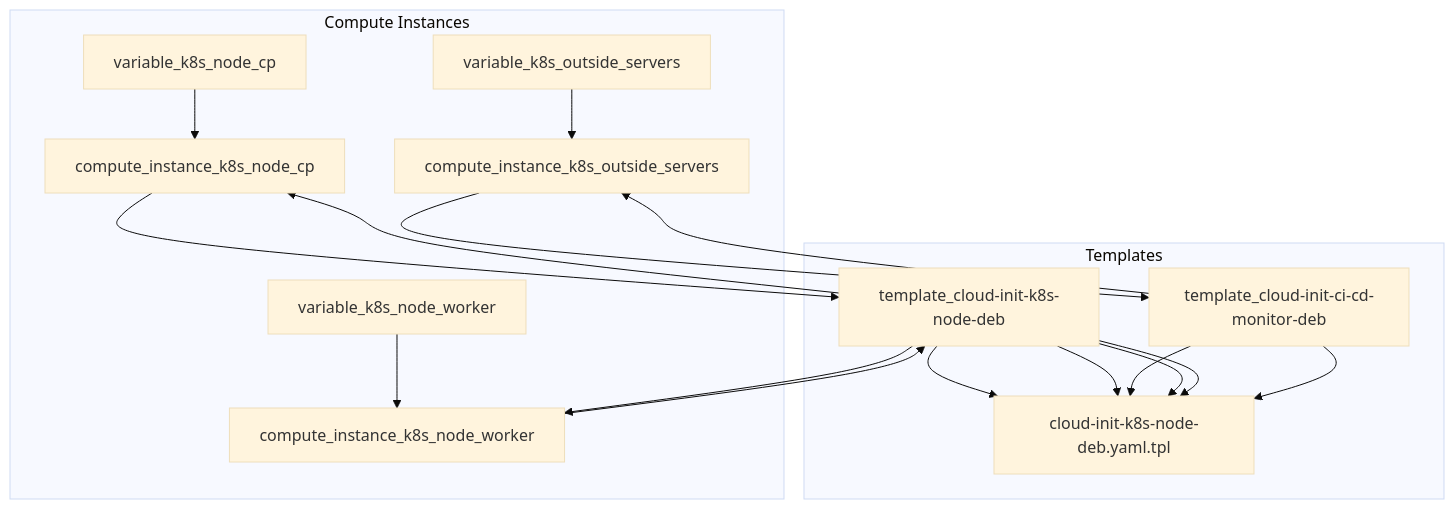
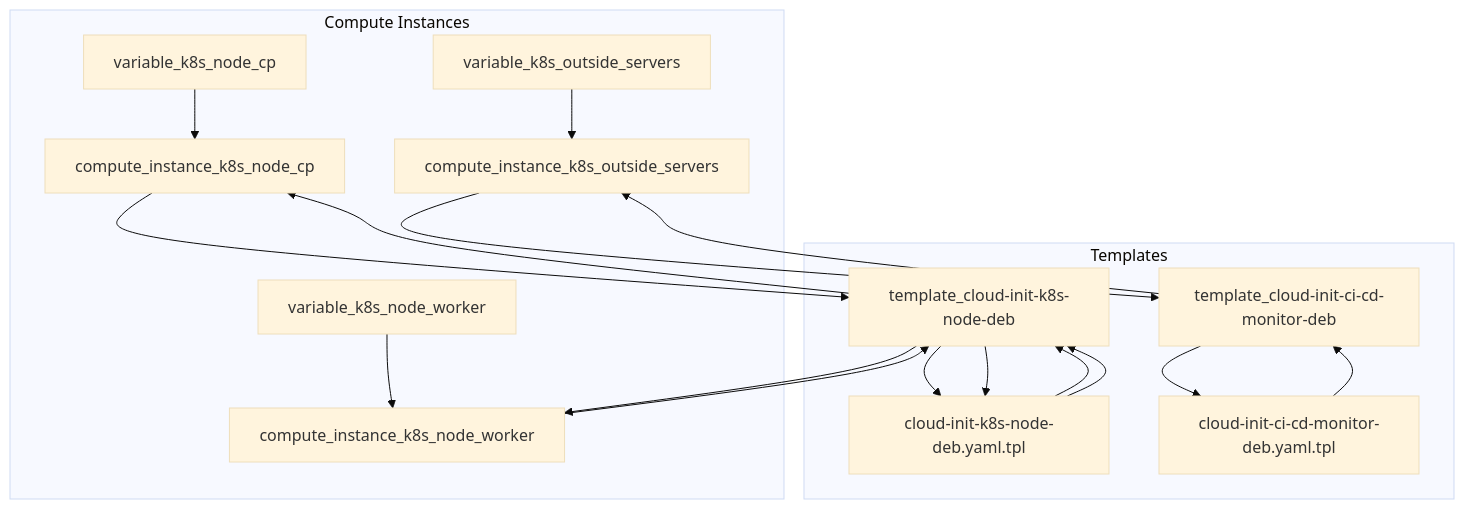
The seventh of 8 diagrams in README.md (Morshimus/SkillFactory-Diploma-Work), drawn with Mermaid (base theme) before and after one commit.

````diff
--- a/README.md
+++ b/README.md
@@ -208,28 +208,28 @@
 ```mermaid
 
 graph TD
 
     subgraph Compute Instances
         variable_k8s_node_cp --> compute_instance_k8s_node_cp
         variable_k8s_node_worker --> compute_instance_k8s_node_worker
         variable_k8s_outside_servers --> compute_instance_k8s_outside_servers
     end
 
     subgraph Templates
         template_cloud-init-k8s-node-deb --> cloud-init-k8s-node-deb.yaml.tpl
         template_cloud-init-k8s-node-deb --> cloud-init-k8s-node-deb.yaml.tpl
-        template_cloud-init-ci-cd-monitor-deb --> cloud-init-k8s-node-deb.yaml.tpl
+        template_cloud-init-ci-cd-monitor-deb --> cloud-init-ci-cd-monitor-deb.yaml.tpl
     end
 
     compute_instance_k8s_node_cp --> template_cloud-init-k8s-node-deb
     compute_instance_k8s_node_worker --> template_cloud-init-k8s-node-deb
     compute_instance_k8s_outside_servers --> template_cloud-init-ci-cd-monitor-deb
-    template_cloud-init-k8s-node-deb --> cloud-init-k8s-node-deb.yaml.tpl
-    template_cloud-init-k8s-node-deb --> cloud-init-k8s-node-deb.yaml.tpl
-    template_cloud-init-ci-cd-monitor-deb --> cloud-init-k8s-node-deb.yaml.tpl
+    cloud-init-k8s-node-deb.yaml.tpl --> template_cloud-init-k8s-node-deb
+    cloud-init-k8s-node-deb.yaml.tpl --> template_cloud-init-k8s-node-deb
+    cloud-init-ci-cd-monitor-deb.yaml.tpl --> template_cloud-init-ci-cd-monitor-deb
     template_cloud-init-k8s-node-deb --> compute_instance_k8s_node_cp
     template_cloud-init-k8s-node-deb --> compute_instance_k8s_node_worker
     template_cloud-init-ci-cd-monitor-deb --> compute_instance_k8s_outside_servers
 
 
 ```
````
